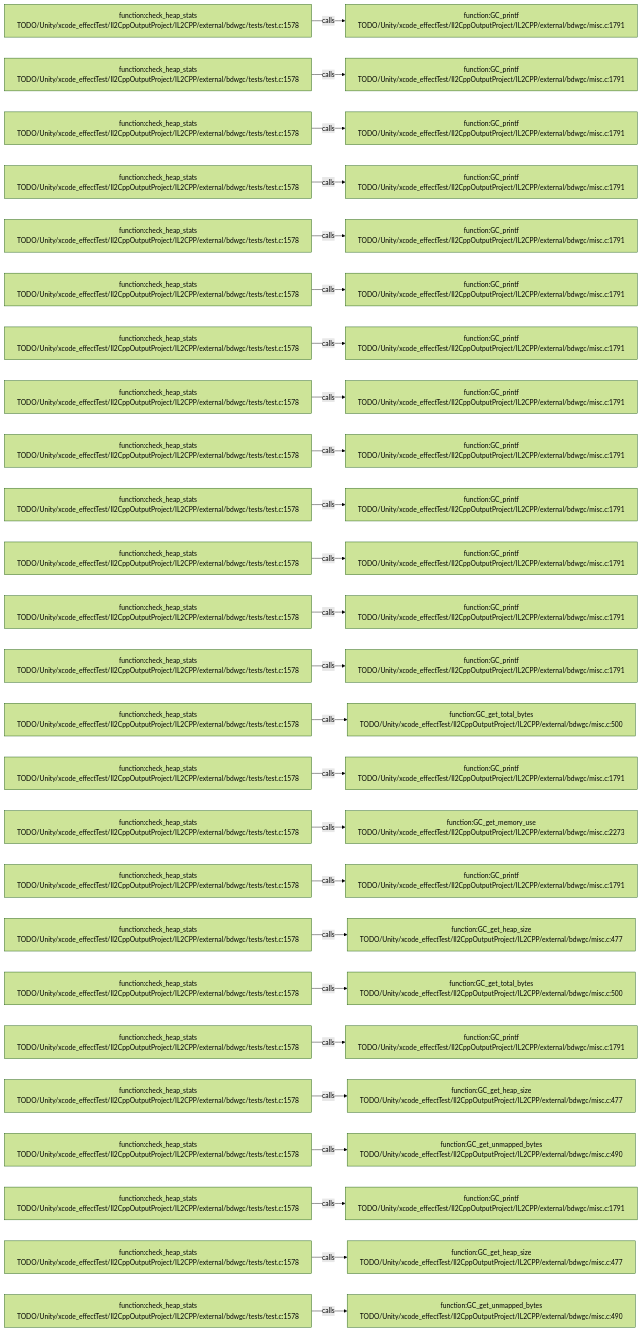
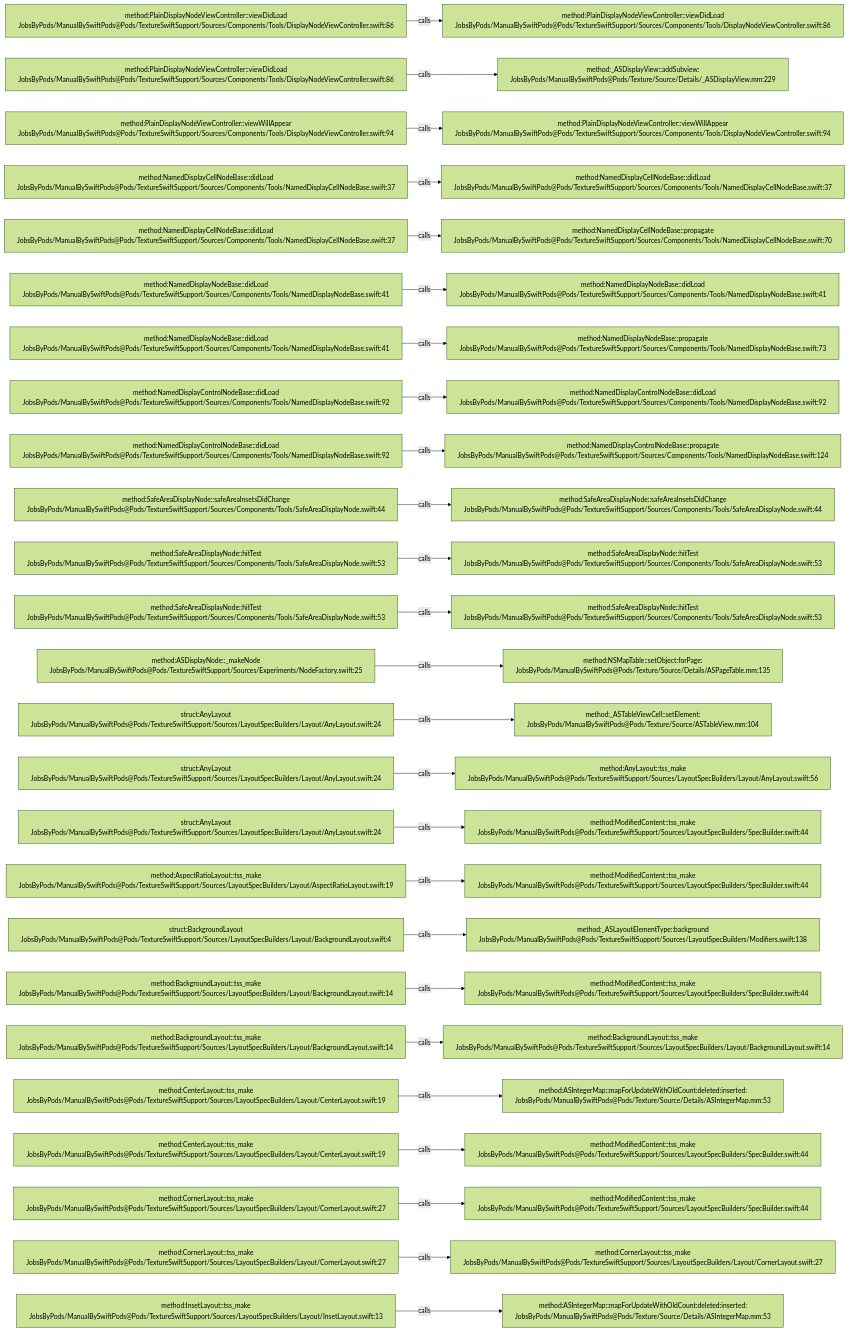
Before and after one commit to JobsKits/JobsSwiftBaseConfigDemo: the diagram in .codegraph/codegraph.md/graphs/calls-175.md, drawn with Mermaid (forest theme). The commit also changed 2959 other files, not shown here.

````diff
--- a/.codegraph/codegraph.md/graphs/calls-175.md
+++ b/.codegraph/codegraph.md/graphs/calls-175.md
@@ -13,78 +13,78 @@
 ```mermaid
 flowchart LR
-  S1["function:check_heap_stats<br/>TODO/Unity/xcode_effectTest/Il2CppOutputProject/IL2CPP/external/bdwgc/tests/test.c:1578"]
-  T1["function:GC_printf<br/>TODO/Unity/xcode_effectTest/Il2CppOutputProject/IL2CPP/external/bdwgc/misc.c:1791"]
+  S1["method:PlainDisplayNodeViewController::viewDidLoad<br/>JobsByPods/ManualBySwiftPods@Pods/TextureSwiftSupport/Sources/Components/Tools/DisplayNodeViewController.swift:86"]
+  T1["method:PlainDisplayNodeViewController::viewDidLoad<br/>JobsByPods/ManualBySwiftPods@Pods/TextureSwiftSupport/Sources/Components/Tools/DisplayNodeViewController.swift:86"]
   S1 -->|calls| T1
-  S2["function:check_heap_stats<br/>TODO/Unity/xcode_effectTest/Il2CppOutputProject/IL2CPP/external/bdwgc/tests/test.c:1578"]
-  T2["function:GC_printf<br/>TODO/Unity/xcode_effectTest/Il2CppOutputProject/IL2CPP/external/bdwgc/misc.c:1791"]
+  S2["method:PlainDisplayNodeViewController::viewDidLoad<br/>JobsByPods/ManualBySwiftPods@Pods/TextureSwiftSupport/Sources/Components/Tools/DisplayNodeViewController.swift:86"]
+  T2["method:_ASDisplayView::addSubview:<br/>JobsByPods/ManualBySwiftPods@Pods/Texture/Source/Details/_ASDisplayView.mm:229"]
   S2 -->|calls| T2
-  S3["function:check_heap_stats<br/>TODO/Unity/xcode_effectTest/Il2CppOutputProject/IL2CPP/external/bdwgc/tests/test.c:1578"]
-  T3["function:GC_printf<br/>TODO/Unity/xcode_effectTest/Il2CppOutputProject/IL2CPP/external/bdwgc/misc.c:1791"]
+  S3["method:PlainDisplayNodeViewController::viewWillAppear<br/>JobsByPods/ManualBySwiftPods@Pods/TextureSwiftSupport/Sources/Components/Tools/DisplayNodeViewController.swift:94"]
+  T3["method:PlainDisplayNodeViewController::viewWillAppear<br/>JobsByPods/ManualBySwiftPods@Pods/TextureSwiftSupport/Sources/Components/Tools/DisplayNodeViewController.swift:94"]
   S3 -->|calls| T3
-  S4["function:check_heap_stats<br/>TODO/Unity/xcode_effectTest/Il2CppOutputProject/IL2CPP/external/bdwgc/tests/test.c:1578"]
-  T4["function:GC_printf<br/>TODO/Unity/xcode_effectTest/Il2CppOutputProject/IL2CPP/external/bdwgc/misc.c:1791"]
+  S4["method:NamedDisplayCellNodeBase::didLoad<br/>JobsByPods/ManualBySwiftPods@Pods/TextureSwiftSupport/Sources/Components/Tools/NamedDisplayCellNodeBase.swift:37"]
+  T4["method:NamedDisplayCellNodeBase::didLoad<br/>JobsByPods/ManualBySwiftPods@Pods/TextureSwiftSupport/Sources/Components/Tools/NamedDisplayCellNodeBase.swift:37"]
   S4 -->|calls| T4
-  S5["function:check_heap_stats<br/>TODO/Unity/xcode_effectTest/Il2CppOutputProject/IL2CPP/external/bdwgc/tests/test.c:1578"]
-  T5["function:GC_printf<br/>TODO/Unity/xcode_effectTest/Il2CppOutputProject/IL2CPP/external/bdwgc/misc.c:1791"]
+  S5["method:NamedDisplayCellNodeBase::didLoad<br/>JobsByPods/ManualBySwiftPods@Pods/TextureSwiftSupport/Sources/Components/Tools/NamedDisplayCellNodeBase.swift:37"]
+  T5["method:NamedDisplayCellNodeBase::propagate<br/>JobsByPods/ManualBySwiftPods@Pods/TextureSwiftSupport/Sources/Components/Tools/NamedDisplayCellNodeBase.swift:70"]
   S5 -->|calls| T5
-  S6["function:check_heap_stats<br/>TODO/Unity/xcode_effectTest/Il2CppOutputProject/IL2CPP/external/bdwgc/tests/test.c:1578"]
-  T6["function:GC_printf<br/>TODO/Unity/xcode_effectTest/Il2CppOutputProject/IL2CPP/external/bdwgc/misc.c:1791"]
+  S6["method:NamedDisplayNodeBase::didLoad<br/>JobsByPods/ManualBySwiftPods@Pods/TextureSwiftSupport/Sources/Components/Tools/NamedDisplayNodeBase.swift:41"]
+  T6["method:NamedDisplayNodeBase::didLoad<br/>JobsByPods/ManualBySwiftPods@Pods/TextureSwiftSupport/Sources/Components/Tools/NamedDisplayNodeBase.swift:41"]
   S6 -->|calls| T6
-  S7["function:check_heap_stats<br/>TODO/Unity/xcode_effectTest/Il2CppOutputProject/IL2CPP/external/bdwgc/tests/test.c:1578"]
-  T7["function:GC_printf<br/>TODO/Unity/xcode_effectTest/Il2CppOutputProject/IL2CPP/external/bdwgc/misc.c:1791"]
+  S7["method:NamedDisplayNodeBase::didLoad<br/>JobsByPods/ManualBySwiftPods@Pods/TextureSwiftSupport/Sources/Components/Tools/NamedDisplayNodeBase.swift:41"]
+  T7["method:NamedDisplayNodeBase::propagate<br/>JobsByPods/ManualBySwiftPods@Pods/TextureSwiftSupport/Sources/Components/Tools/NamedDisplayNodeBase.swift:73"]
   S7 -->|calls| T7
-  S8["function:check_heap_stats<br/>TODO/Unity/xcode_effectTest/Il2CppOutputProject/IL2CPP/external/bdwgc/tests/test.c:1578"]
-  T8["function:GC_printf<br/>TODO/Unity/xcode_effectTest/Il2CppOutputProject/IL2CPP/external/bdwgc/misc.c:1791"]
+  S8["method:NamedDisplayControlNodeBase::didLoad<br/>JobsByPods/ManualBySwiftPods@Pods/TextureSwiftSupport/Sources/Components/Tools/NamedDisplayNodeBase.swift:92"]
+  T8["method:NamedDisplayControlNodeBase::didLoad<br/>JobsByPods/ManualBySwiftPods@Pods/TextureSwiftSupport/Sources/Components/Tools/NamedDisplayNodeBase.swift:92"]
   S8 -->|calls| T8
-  S9["function:check_heap_stats<br/>TODO/Unity/xcode_effectTest/Il2CppOutputProject/IL2CPP/external/bdwgc/tests/test.c:1578"]
-  T9["function:GC_printf<br/>TODO/Unity/xcode_effectTest/Il2CppOutputProject/IL2CPP/external/bdwgc/misc.c:1791"]
+  S9["method:NamedDisplayControlNodeBase::didLoad<br/>JobsByPods/ManualBySwiftPods@Pods/TextureSwiftSupport/Sources/Components/Tools/NamedDisplayNodeBase.swift:92"]
+  T9["method:NamedDisplayControlNodeBase::propagate<br/>JobsByPods/ManualBySwiftPods@Pods/TextureSwiftSupport/Sources/Components/Tools/NamedDisplayNodeBase.swift:124"]
   S9 -->|calls| T9
-  S10["function:check_heap_stats<br/>TODO/Unity/xcode_effectTest/Il2CppOutputProject/IL2CPP/external/bdwgc/tests/test.c:1578"]
-  T10["function:GC_printf<br/>TODO/Unity/xcode_effectTest/Il2CppOutputProject/IL2CPP/external/bdwgc/misc.c:1791"]
+  S10["method:SafeAreaDisplayNode::safeAreaInsetsDidChange<br/>JobsByPods/ManualBySwiftPods@Pods/TextureSwiftSupport/Sources/Components/Tools/SafeAreaDisplayNode.swift:44"]
+  T10["method:SafeAreaDisplayNode::safeAreaInsetsDidChange<br/>JobsByPods/ManualBySwiftPods@Pods/TextureSwiftSupport/Sources/Components/Tools/SafeAreaDisplayNode.swift:44"]
   S10 -->|calls| T10
-  S11["function:check_heap_stats<br/>TODO/Unity/xcode_effectTest/Il2CppOutputProject/IL2CPP/external/bdwgc/tests/test.c:1578"]
-  T11["function:GC_printf<br/>TODO/Unity/xcode_effectTest/Il2CppOutputProject/IL2CPP/external/bdwgc/misc.c:1791"]
+  S11["method:SafeAreaDisplayNode::hitTest<br/>JobsByPods/ManualBySwiftPods@Pods/TextureSwiftSupport/Sources/Components/Tools/SafeAreaDisplayNode.swift:53"]
+  T11["method:SafeAreaDisplayNode::hitTest<br/>JobsByPods/ManualBySwiftPods@Pods/TextureSwiftSupport/Sources/Components/Tools/SafeAreaDisplayNode.swift:53"]
   S11 -->|calls| T11
-  S12["function:check_heap_stats<br/>TODO/Unity/xcode_effectTest/Il2CppOutputProject/IL2CPP/external/bdwgc/tests/test.c:1578"]
-  T12["function:GC_printf<br/>TODO/Unity/xcode_effectTest/Il2CppOutputProject/IL2CPP/external/bdwgc/misc.c:1791"]
+  S12["method:SafeAreaDisplayNode::hitTest<br/>JobsByPods/ManualBySwiftPods@Pods/TextureSwiftSupport/Sources/Components/Tools/SafeAreaDisplayNode.swift:53"]
+  T12["method:SafeAreaDisplayNode::hitTest<br/>JobsByPods/ManualBySwiftPods@Pods/TextureSwiftSupport/Sources/Components/Tools/SafeAreaDisplayNode.swift:53"]
   S12 -->|calls| T12
-  S13["function:check_heap_stats<br/>TODO/Unity/xcode_effectTest/Il2CppOutputProject/IL2CPP/external/bdwgc/tests/test.c:1578"]
-  T13["function:GC_printf<br/>TODO/Unity/xcode_effectTest/Il2CppOutputProject/IL2CPP/external/bdwgc/misc.c:1791"]
+  S13["method:ASDisplayNode::_makeNode<br/>JobsByPods/ManualBySwiftPods@Pods/TextureSwiftSupport/Sources/Experiments/NodeFactory.swift:25"]
+  T13["method:NSMapTable::setObject:forPage:<br/>JobsByPods/ManualBySwiftPods@Pods/Texture/Source/Details/ASPageTable.mm:135"]
   S13 -->|calls| T13
-  S14["function:check_heap_stats<br/>TODO/Unity/xcode_effectTest/Il2CppOutputProject/IL2CPP/external/bdwgc/tests/test.c:1578"]
-  T14["function:GC_get_total_bytes<br/>TODO/Unity/xcode_effectTest/Il2CppOutputProject/IL2CPP/external/bdwgc/misc.c:500"]
+  S14["struct:AnyLayout<br/>JobsByPods/ManualBySwiftPods@Pods/TextureSwiftSupport/Sources/LayoutSpecBuilders/Layout/AnyLayout.swift:24"]
+  T14["method:_ASTableViewCell::setElement:<br/>JobsByPods/ManualBySwiftPods@Pods/Texture/Source/ASTableView.mm:104"]
   S14 -->|calls| T14
-  S15["function:check_heap_stats<br/>TODO/Unity/xcode_effectTest/Il2CppOutputProject/IL2CPP/external/bdwgc/tests/test.c:1578"]
-  T15["function:GC_printf<br/>TODO/Unity/xcode_effectTest/Il2CppOutputProject/IL2CPP/external/bdwgc/misc.c:1791"]
+  S15["struct:AnyLayout<br/>JobsByPods/ManualBySwiftPods@Pods/TextureSwiftSupport/Sources/LayoutSpecBuilders/Layout/AnyLayout.swift:24"]
+  T15["method:AnyLayout::tss_make<br/>JobsByPods/ManualBySwiftPods@Pods/TextureSwiftSupport/Sources/LayoutSpecBuilders/Layout/AnyLayout.swift:56"]
   S15 -->|calls| T15
-  S16["function:check_heap_stats<br/>TODO/Unity/xcode_effectTest/Il2CppOutputProject/IL2CPP/external/bdwgc/tests/test.c:1578"]
-  T16["function:GC_get_memory_use<br/>TODO/Unity/xcode_effectTest/Il2CppOutputProject/IL2CPP/external/bdwgc/misc.c:2273"]
+  S16["struct:AnyLayout<br/>JobsByPods/ManualBySwiftPods@Pods/TextureSwiftSupport/Sources/LayoutSpecBuilders/Layout/AnyLayout.swift:24"]
+  T16["method:ModifiedContent::tss_make<br/>JobsByPods/ManualBySwiftPods@Pods/TextureSwiftSupport/Sources/LayoutSpecBuilders/SpecBuilder.swift:44"]
   S16 -->|calls| T16
-  S17["function:check_heap_stats<br/>TODO/Unity/xcode_effectTest/Il2CppOutputProject/IL2CPP/external/bdwgc/tests/test.c:1578"]
-  T17["function:GC_printf<br/>TODO/Unity/xcode_effectTest/Il2CppOutputProject/IL2CPP/external/bdwgc/misc.c:1791"]
+  S17["method:AspectRatioLayout::tss_make<br/>JobsByPods/ManualBySwiftPods@Pods/TextureSwiftSupport/Sources/LayoutSpecBuilders/Layout/AspectRatioLayout.swift:19"]
+  T17["method:ModifiedContent::tss_make<br/>JobsByPods/ManualBySwiftPods@Pods/TextureSwiftSupport/Sources/LayoutSpecBuilders/SpecBuilder.swift:44"]
   S17 -->|calls| T17
-  S18["function:check_heap_stats<br/>TODO/Unity/xcode_effectTest/Il2CppOutputProject/IL2CPP/external/bdwgc/tests/test.c:1578"]
-  T18["function:GC_get_heap_size<br/>TODO/Unity/xcode_effectTest/Il2CppOutputProject/IL2CPP/external/bdwgc/misc.c:477"]
+  S18["struct:BackgroundLayout<br/>JobsByPods/ManualBySwiftPods@Pods/TextureSwiftSupport/Sources/LayoutSpecBuilders/Layout/BackgroundLayout.swift:4"]
+  T18["method:_ASLayoutElementType::background<br/>JobsByPods/ManualBySwiftPods@Pods/TextureSwiftSupport/Sources/LayoutSpecBuilders/Modifiers.swift:138"]
   S18 -->|calls| T18
-  S19["function:check_heap_stats<br/>TODO/Unity/xcode_effectTest/Il2CppOutputProject/IL2CPP/external/bdwgc/tests/test.c:1578"]
-  T19["function:GC_get_total_bytes<br/>TODO/Unity/xcode_effectTest/Il2CppOutputProject/IL2CPP/external/bdwgc/misc.c:500"]
+  S19["method:BackgroundLayout::tss_make<br/>JobsByPods/ManualBySwiftPods@Pods/TextureSwiftSupport/Sources/LayoutSpecBuilders/Layout/BackgroundLayout.swift:14"]
+  T19["method:ModifiedContent::tss_make<br/>JobsByPods/ManualBySwiftPods@Pods/TextureSwiftSupport/Sources/LayoutSpecBuilders/SpecBuilder.swift:44"]
   S19 -->|calls| T19
-  S20["function:check_heap_stats<br/>TODO/Unity/xcode_effectTest/Il2CppOutputProject/IL2CPP/external/bdwgc/tests/test.c:1578"]
-  T20["function:GC_printf<br/>TODO/Unity/xcode_effectTest/Il2CppOutputProject/IL2CPP/external/bdwgc/misc.c:1791"]
+  S20["method:BackgroundLayout::tss_make<br/>JobsByPods/ManualBySwiftPods@Pods/TextureSwiftSupport/Sources/LayoutSpecBuilders/Layout/BackgroundLayout.swift:14"]
+  T20["method:BackgroundLayout::tss_make<br/>JobsByPods/ManualBySwiftPods@Pods/TextureSwiftSupport/Sources/LayoutSpecBuilders/Layout/BackgroundLayout.swift:14"]
   S20 -->|calls| T20
-  S21["function:check_heap_stats<br/>TODO/Unity/xcode_effectTest/Il2CppOutputProject/IL2CPP/external/bdwgc/tests/test.c:1578"]
-  T21["function:GC_get_heap_size<br/>TODO/Unity/xcode_effectTest/Il2CppOutputProject/IL2CPP/external/bdwgc/misc.c:477"]
+  S21["method:CenterLayout::tss_make<br/>JobsByPods/ManualBySwiftPods@Pods/TextureSwiftSupport/Sources/LayoutSpecBuilders/Layout/CenterLayout.swift:19"]
+  T21["method:ASIntegerMap::mapForUpdateWithOldCount:deleted:inserted:<br/>JobsByPods/ManualBySwiftPods@Pods/Texture/Source/Details/ASIntegerMap.mm:53"]
   S21 -->|calls| T21
-  S22["function:check_heap_stats<br/>TODO/Unity/xcode_effectTest/Il2CppOutputProject/IL2CPP/external/bdwgc/tests/test.c:1578"]
-  T22["function:GC_get_unmapped_bytes<br/>TODO/Unity/xcode_effectTest/Il2CppOutputProject/IL2CPP/external/bdwgc/misc.c:490"]
+  S22["method:CenterLayout::tss_make<br/>JobsByPods/ManualBySwiftPods@Pods/TextureSwiftSupport/Sources/LayoutSpecBuilders/Layout/CenterLayout.swift:19"]
+  T22["method:ModifiedContent::tss_make<br/>JobsByPods/ManualBySwiftPods@Pods/TextureSwiftSupport/Sources/LayoutSpecBuilders/SpecBuilder.swift:44"]
   S22 -->|calls| T22
-  S23["function:check_heap_stats<br/>TODO/Unity/xcode_effectTest/Il2CppOutputProject/IL2CPP/external/bdwgc/tests/test.c:1578"]
-  T23["function:GC_printf<br/>TODO/Unity/xcode_effectTest/Il2CppOutputProject/IL2CPP/external/bdwgc/misc.c:1791"]
+  S23["method:CornerLayout::tss_make<br/>JobsByPods/ManualBySwiftPods@Pods/TextureSwiftSupport/Sources/LayoutSpecBuilders/Layout/CornerLayout.swift:27"]
+  T23["method:ModifiedContent::tss_make<br/>JobsByPods/ManualBySwiftPods@Pods/TextureSwiftSupport/Sources/LayoutSpecBuilders/SpecBuilder.swift:44"]
   S23 -->|calls| T23
-  S24["function:check_heap_stats<br/>TODO/Unity/xcode_effectTest/Il2CppOutputProject/IL2CPP/external/bdwgc/tests/test.c:1578"]
-  T24["function:GC_get_heap_size<br/>TODO/Unity/xcode_effectTest/Il2CppOutputProject/IL2CPP/external/bdwgc/misc.c:477"]
+  S24["method:CornerLayout::tss_make<br/>JobsByPods/ManualBySwiftPods@Pods/TextureSwiftSupport/Sources/LayoutSpecBuilders/Layout/CornerLayout.swift:27"]
+  T24["method:CornerLayout::tss_make<br/>JobsByPods/ManualBySwiftPods@Pods/TextureSwiftSupport/Sources/LayoutSpecBuilders/Layout/CornerLayout.swift:27"]
   S24 -->|calls| T24
-  S25["function:check_heap_stats<br/>TODO/Unity/xcode_effectTest/Il2CppOutputProject/IL2CPP/external/bdwgc/tests/test.c:1578"]
-  T25["function:GC_get_unmapped_bytes<br/>TODO/Unity/xcode_effectTest/Il2CppOutputProject/IL2CPP/external/bdwgc/misc.c:490"]
+  S25["method:InsetLayout::tss_make<br/>JobsByPods/ManualBySwiftPods@Pods/TextureSwiftSupport/Sources/LayoutSpecBuilders/Layout/InsetLayout.swift:13"]
+  T25["method:ASIntegerMap::mapForUpdateWithOldCount:deleted:inserted:<br/>JobsByPods/ManualBySwiftPods@Pods/Texture/Source/Details/ASIntegerMap.mm:53"]
   S25 -->|calls| T25
 ```
````
